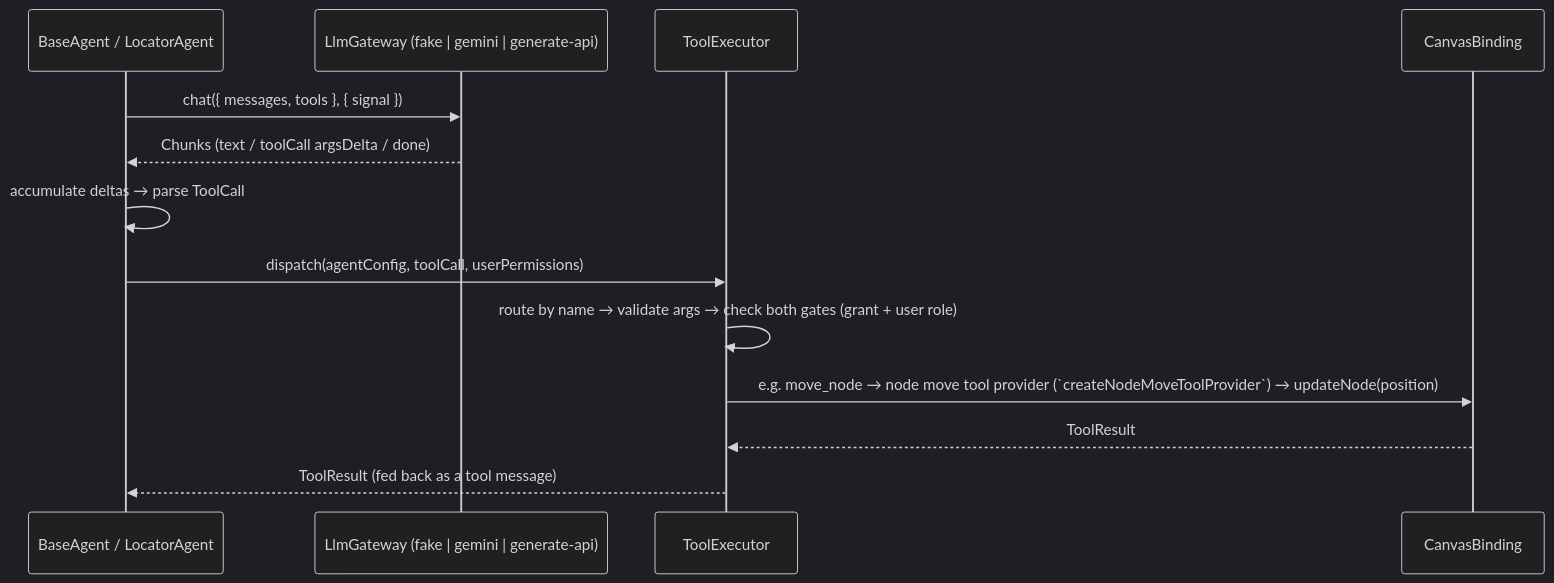
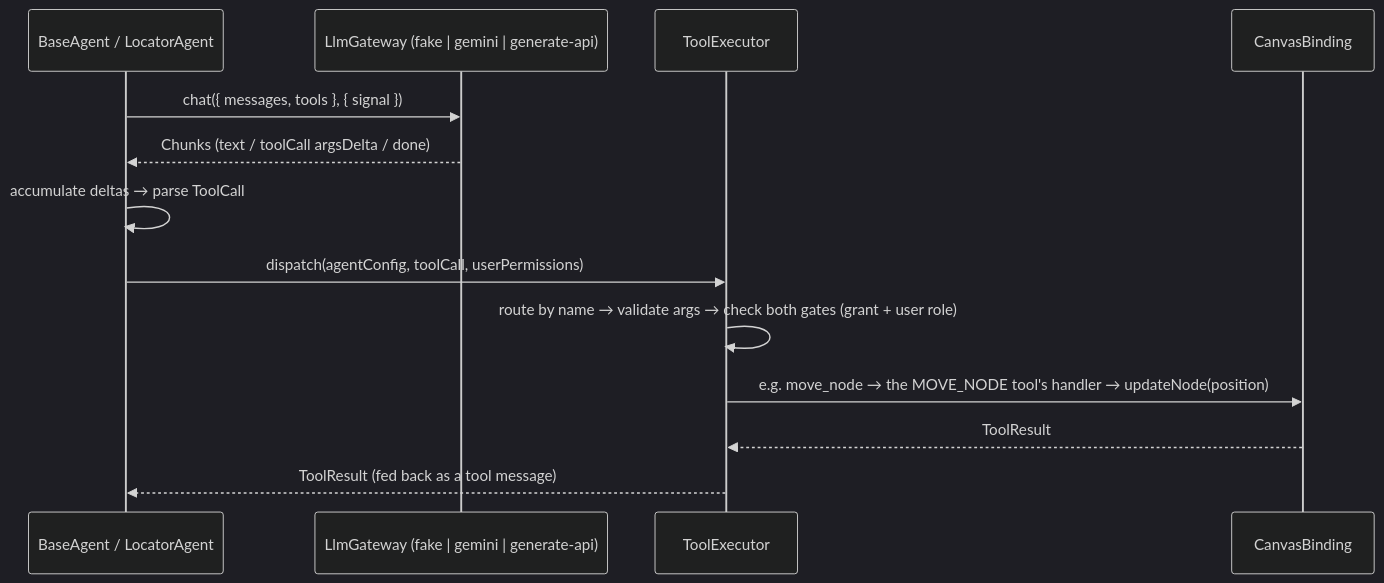
The diagram in docs/browser-agent/foundations/llm-gateway.md (lemoncloud-io/eureka-flow), drawn with Mermaid (dark theme) before and after one commit. The commit also changed 41 other files, not shown here.

````diff
--- a/docs/browser-agent/foundations/llm-gateway.md
+++ b/docs/browser-agent/foundations/llm-gateway.md
@@ -45,16 +45,16 @@
 ```mermaid
 sequenceDiagram
     participant Agent as BaseAgent / LocatorAgent
     participant GW as LlmGateway (fake | gemini | generate-api)
     participant EX as ToolExecutor
     participant CV as CanvasBinding
 
     Agent->>GW: chat({ messages, tools }, { signal })
     GW-->>Agent: Chunks (text / toolCall argsDelta / done)
     Agent->>Agent: accumulate deltas → parse ToolCall
     Agent->>EX: dispatch(agentConfig, toolCall, userPermissions)
     EX->>EX: route by name → validate args → check both gates (grant + user role)
-    EX->>CV: e.g. move_node → node move tool provider (`createNodeMoveToolProvider`) → updateNode(position)
+    EX->>CV: e.g. move_node → the MOVE_NODE tool's handler → updateNode(position)
     CV-->>EX: ToolResult
     EX-->>Agent: ToolResult (fed back as a tool message)
 ```
````
